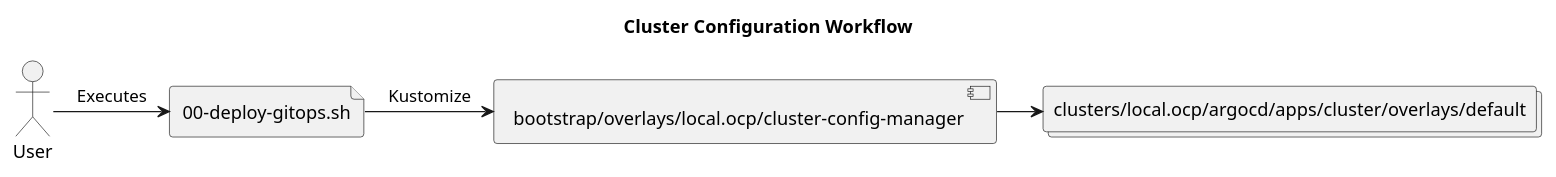
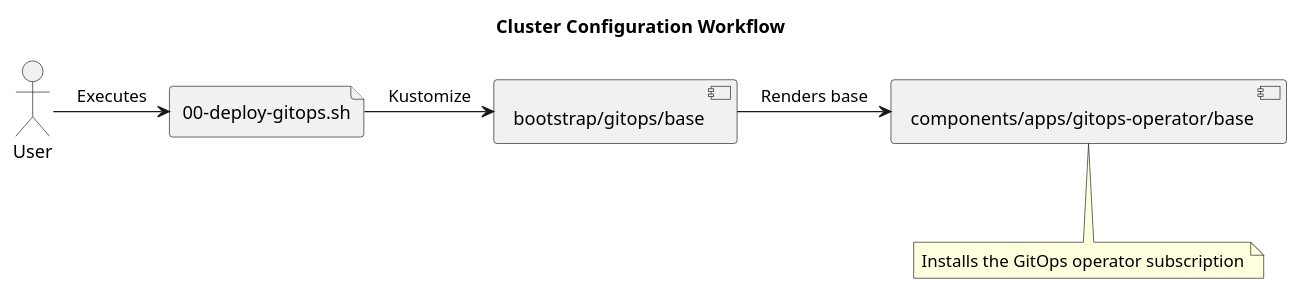
Before and after one commit to tosmi-gitops/openshift-gitops: the first of 2 diagrams in docs/cluster-config-workflow.org, drawn with PlantUML. The commit also changed other lines of this file and 10 other files, not shown here.

```diff
--- a/docs/cluster-config-workflow.org
+++ b/docs/cluster-config-workflow.org
@@ -3,13 +5,17 @@
   #+begin_src plantuml :file cluster-config-workflow.png
 title Cluster Configuration Workflow
 
 actor User
 file "00-deploy-gitops.sh" as script
-component "bootstrap/overlays/local.ocp/cluster-config-manager" as cfgman
-collections "clusters/local.ocp/argocd/apps/cluster/overlays/default" as default
+component "bootstrap/gitops/base" as bootstrap
+component "components/apps/gitops-operator/base" as gitops
 
 
 User -> script : Executes
-script -> cfgman : Kustomize
-cfgman -> default
+script -> bootstrap : Kustomize
+bootstrap -> gitops : Renders base
+
+note bottom of gitops
+	Installs the GitOps operator subscription
+end note
   #+end_src
```
